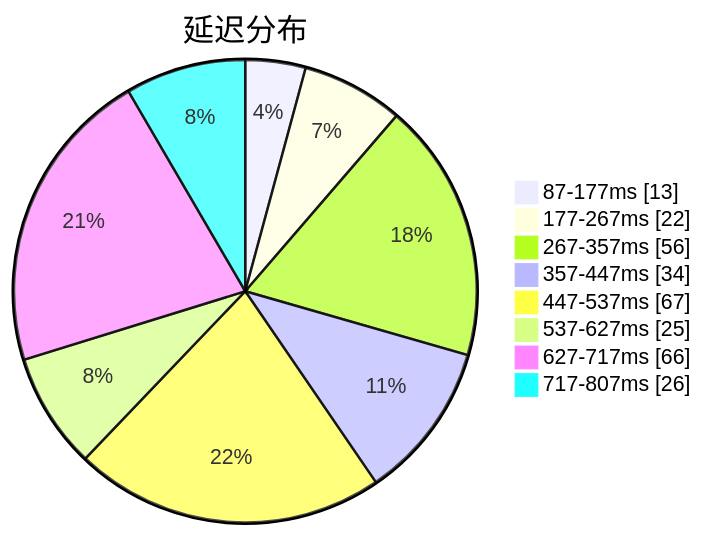
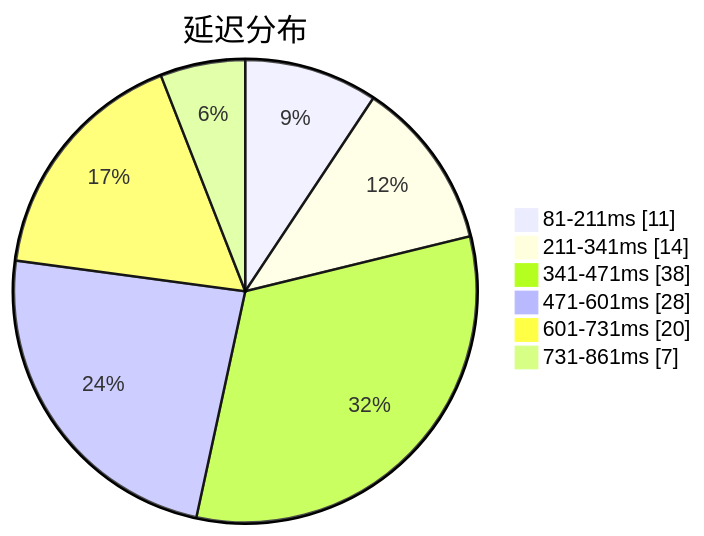
The first of 3 diagrams in subs/statistics/tested_within.md (sinspired/airport), drawn with Mermaid before and after one commit. The commit also changed other lines of this file and 2 other files, not shown here.

````diff
--- a/subs/statistics/tested_within.md
+++ b/subs/statistics/tested_within.md
@@ -2,12 +2,10 @@
 ```mermaid
 pie showData
 title 延迟分布
-"87-177ms" : 13
-"177-267ms" : 22
-"267-357ms" : 56
-"357-447ms" : 34
-"447-537ms" : 67
-"537-627ms" : 25
-"627-717ms" : 66
-"717-807ms" : 26
+"81-211ms" : 11
+"211-341ms" : 14
+"341-471ms" : 38
+"471-601ms" : 28
+"601-731ms" : 20
+"731-861ms" : 7
 ```
````
